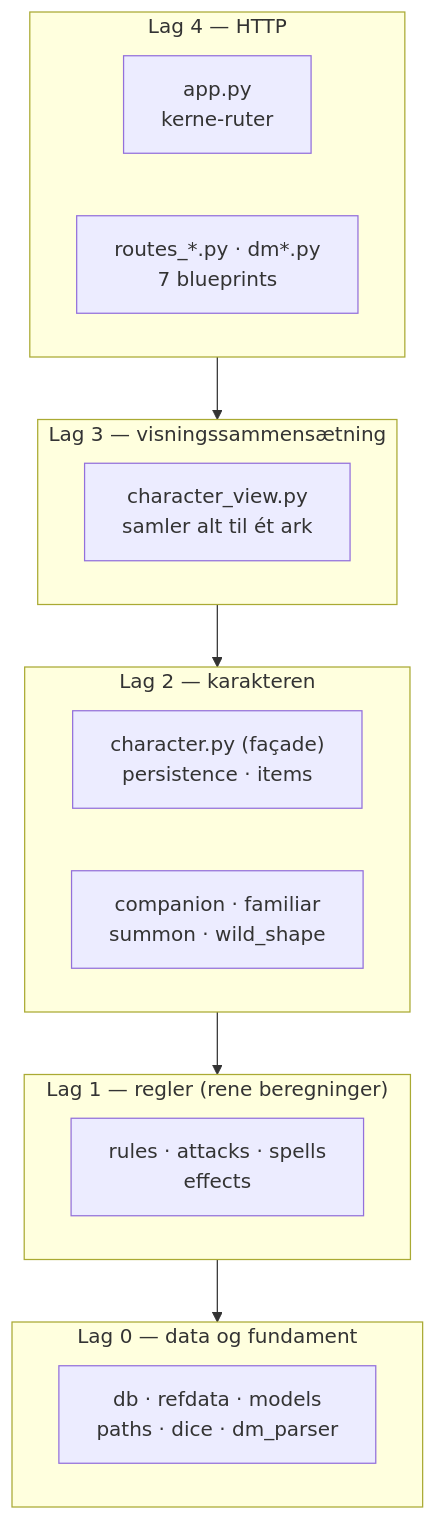
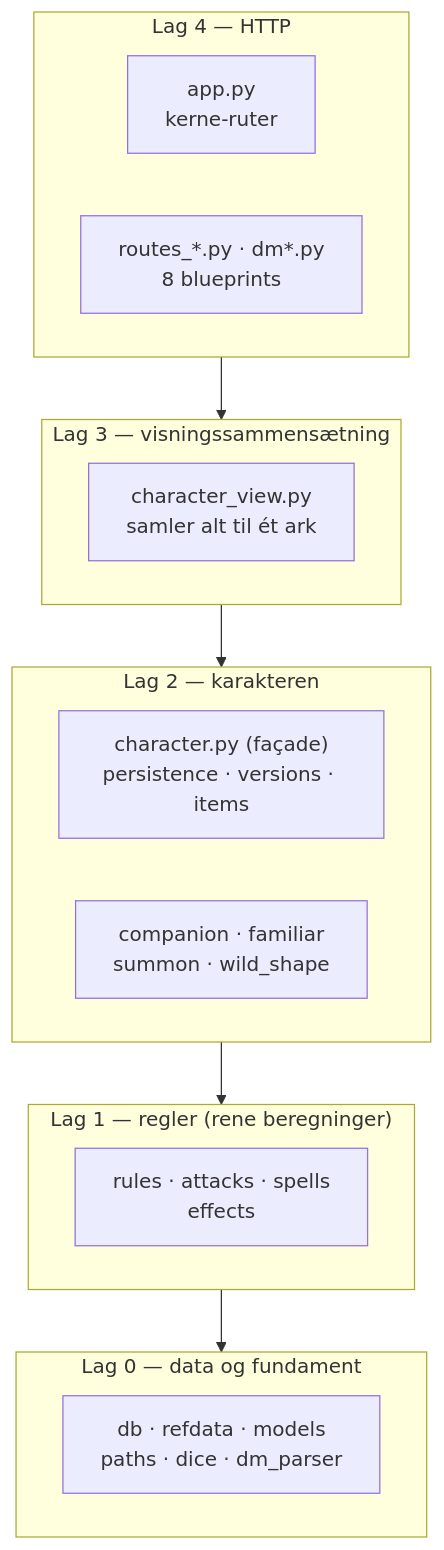
The diagram in docs/arkitektur/index.md (MikkelKristiansen/flask-dnd-3.5_ynh), drawn with Mermaid before and after one commit. The commit also changed other lines of this file and 8 other files, not shown here.

````diff
--- a/docs/arkitektur/index.md
+++ b/docs/arkitektur/index.md
@@ -12,21 +12,21 @@
 ```mermaid
 flowchart TB
     subgraph L4["Lag 4 — HTTP"]
         APP["app.py<br/>kerne-ruter"]
-        BP["routes_*.py · dm*.py<br/>7 blueprints"]
+        BP["routes_*.py · dm*.py<br/>8 blueprints"]
     end
     subgraph L3["Lag 3 — visningssammensætning"]
         CV["character_view.py<br/>samler alt til ét ark"]
     end
     subgraph L2["Lag 2 — karakteren"]
-        CH["character.py (façade)<br/>persistence · items"]
+        CH["character.py (façade)<br/>persistence · versions · items"]
         SEK["companion · familiar<br/>summon · wild_shape"]
     end
     subgraph L1["Lag 1 — regler (rene beregninger)"]
         R["rules · attacks · spells<br/>effects"]
     end
     subgraph L0["Lag 0 — data og fundament"]
         D["db · refdata · models<br/>paths · dice · dm_parser"]
     end
     L4 --> L3 --> L2 --> L1 --> L0
 ```
````
